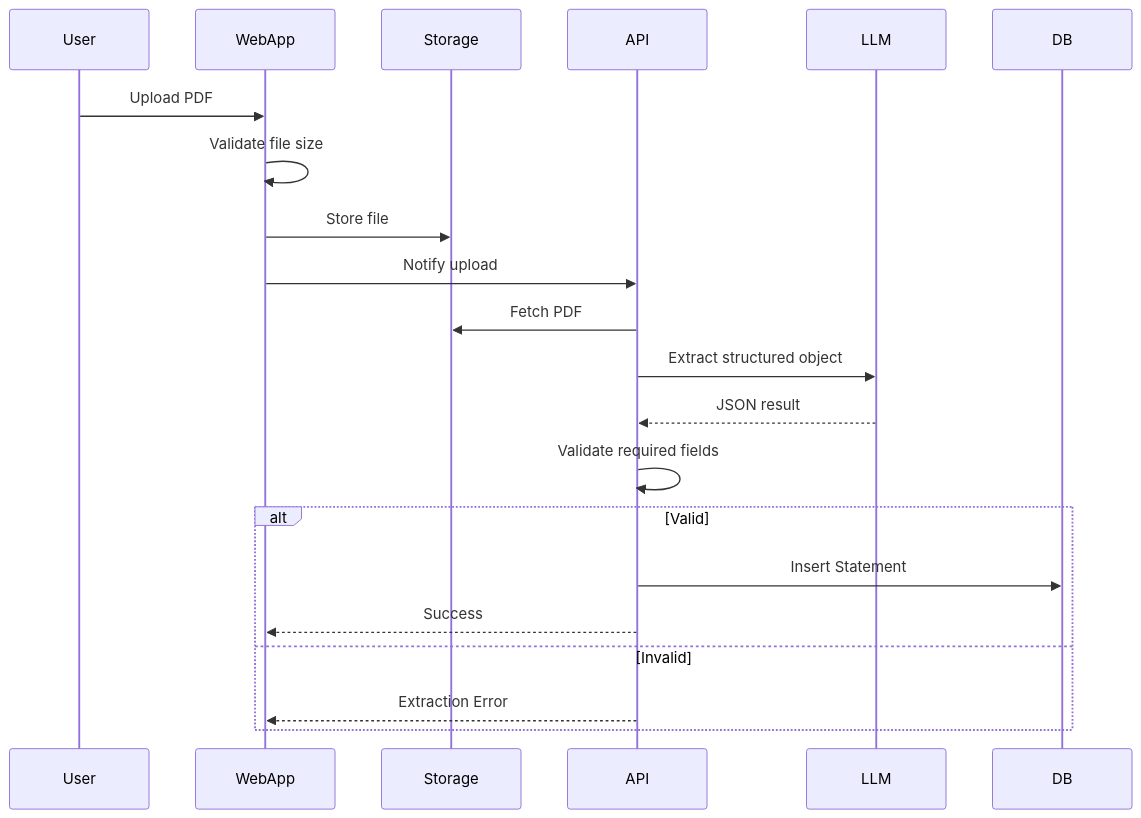
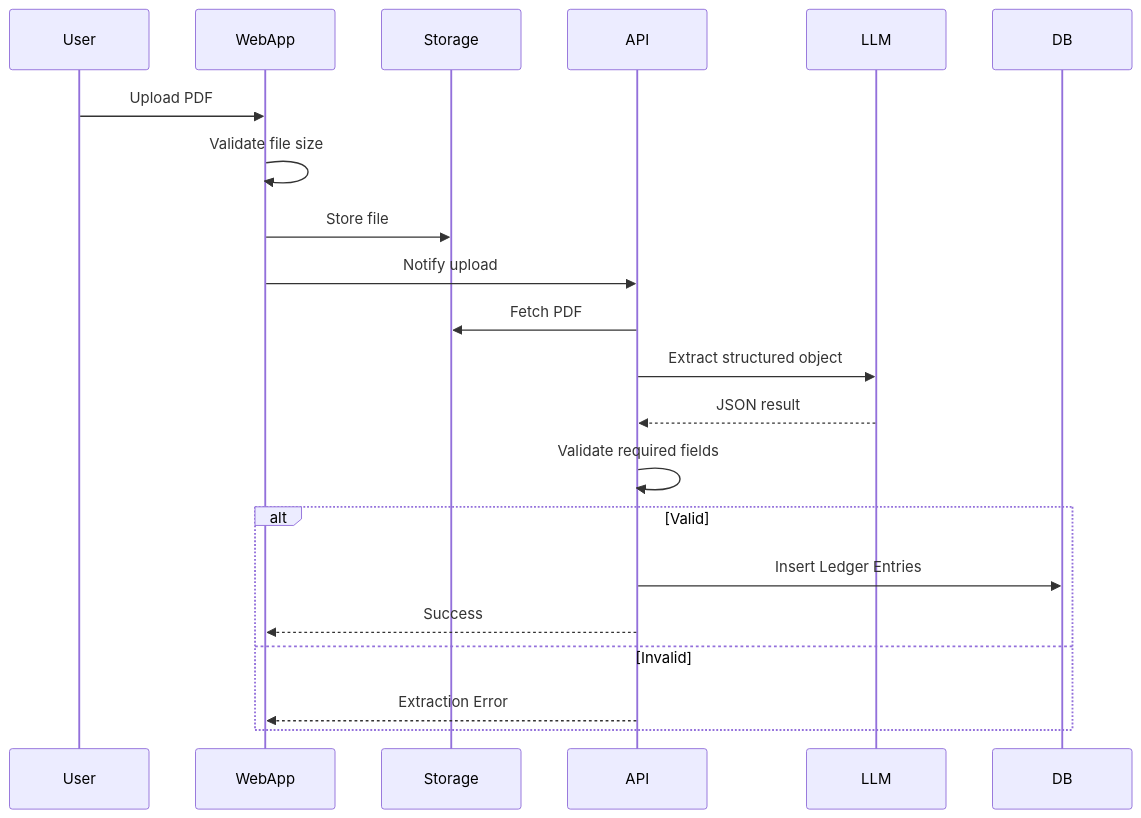
One commit to TheodoreChuang/rei-portfolio-system changed the first of 2 diagrams in docs/v1-tsd.md. Above: the diagram before and after it, drawn with Mermaid. The commit also changed other lines of this file and 6 other files, not shown here.

Commit message:
Refactor DB schema to ledger entries

````diff
--- a/docs/v1-tsd.md
+++ b/docs/v1-tsd.md
@@ -102,26 +102,26 @@
 ```mermaid
 sequenceDiagram
     participant User
     participant WebApp
     participant Storage
     participant API
     participant LLM
     participant DB
 
     User->>WebApp: Upload PDF
     WebApp->>WebApp: Validate file size
     WebApp->>Storage: Store file
     WebApp->>API: Notify upload
 
     API->>Storage: Fetch PDF
     API->>LLM: Extract structured object
     LLM-->>API: JSON result
     API->>API: Validate required fields
 
     alt Valid
-        API->>DB: Insert Statement
+        API->>DB: Insert Ledger Entries
         API-->>WebApp: Success
     else Invalid
         API-->>WebApp: Extraction Error
     end
 ```
````
